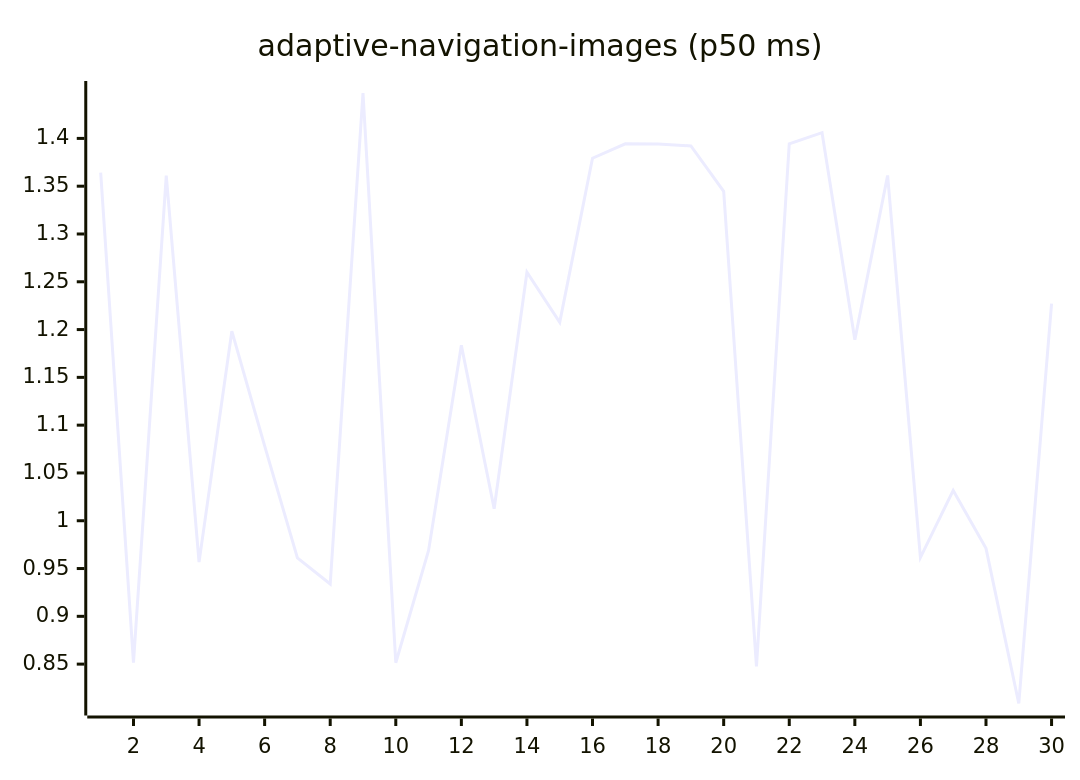
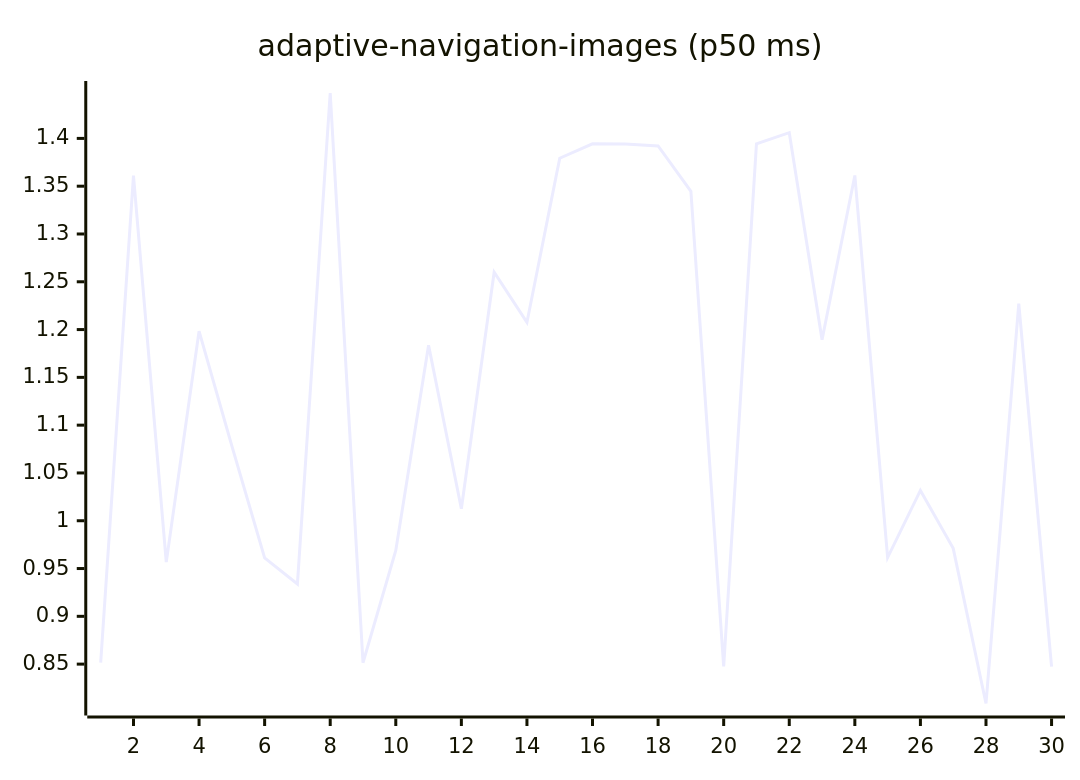
One commit to josha/Facet changed the first of 27 diagrams in README.md. Above: the diagram before and after it, drawn with Mermaid. The commit also changed other lines of this file and 2 other files, not shown here.

````diff
--- a/README.md
+++ b/README.md
@@ -63,6 +63,6 @@
 ```mermaid
 xychart-beta
     title "adaptive-navigation-images (p50 ms)"
     x-axis 1 --> 30
-    line [1.3642, 0.8516, 1.3610, 0.9567, 1.1983, 1.0783, 0.9612, 0.9339, 1.4475, 0.8514, 0.9690, 1.1835, 1.0125, 1.2600, 1.2076, 1.3793, 1.3944, 1.3942, 1.3921, 1.3447, 0.8475, 1.3944, 1.4060, 1.1893, 1.3612, 0.9615, 1.0317, 0.9711, 0.8088, 1.2271]
+    line [0.8516, 1.3610, 0.9567, 1.1983, 1.0783, 0.9612, 0.9339, 1.4475, 0.8514, 0.9690, 1.1835, 1.0125, 1.2600, 1.2076, 1.3793, 1.3944, 1.3942, 1.3921, 1.3447, 0.8475, 1.3944, 1.4060, 1.1893, 1.3612, 0.9615, 1.0317, 0.9711, 0.8088, 1.2271, 0.8473]
 ```
````
